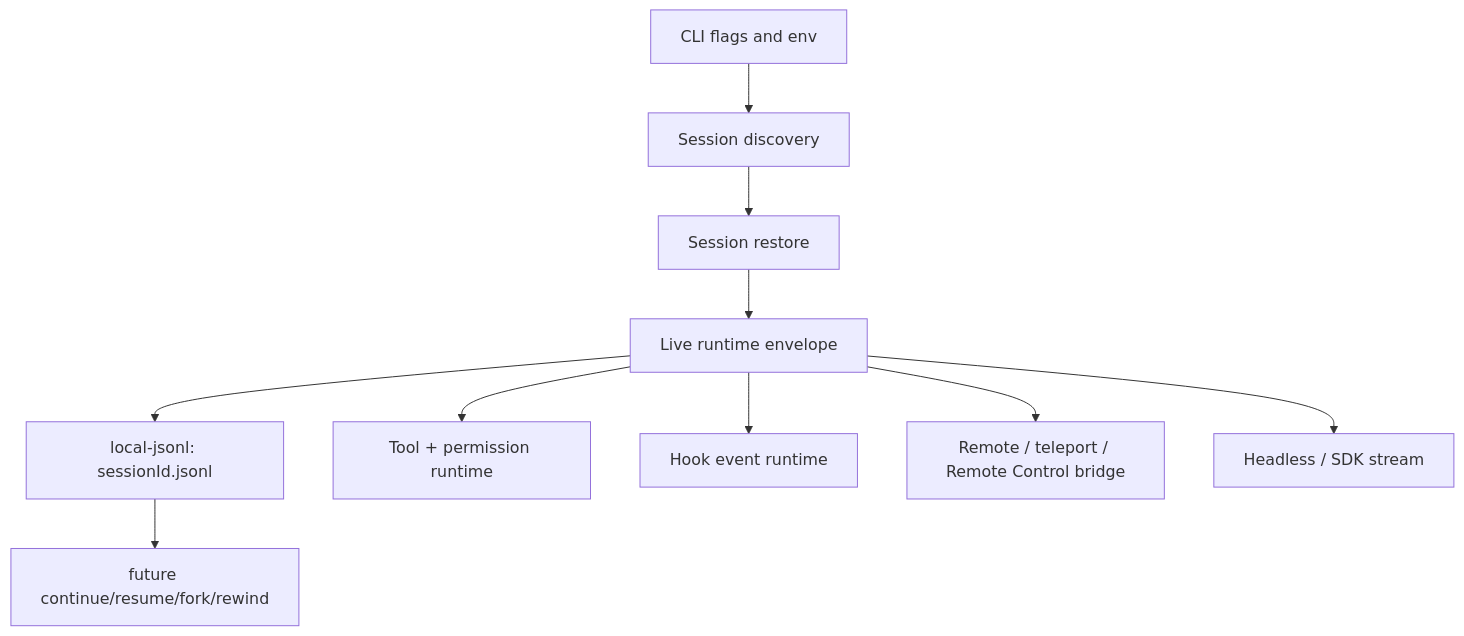
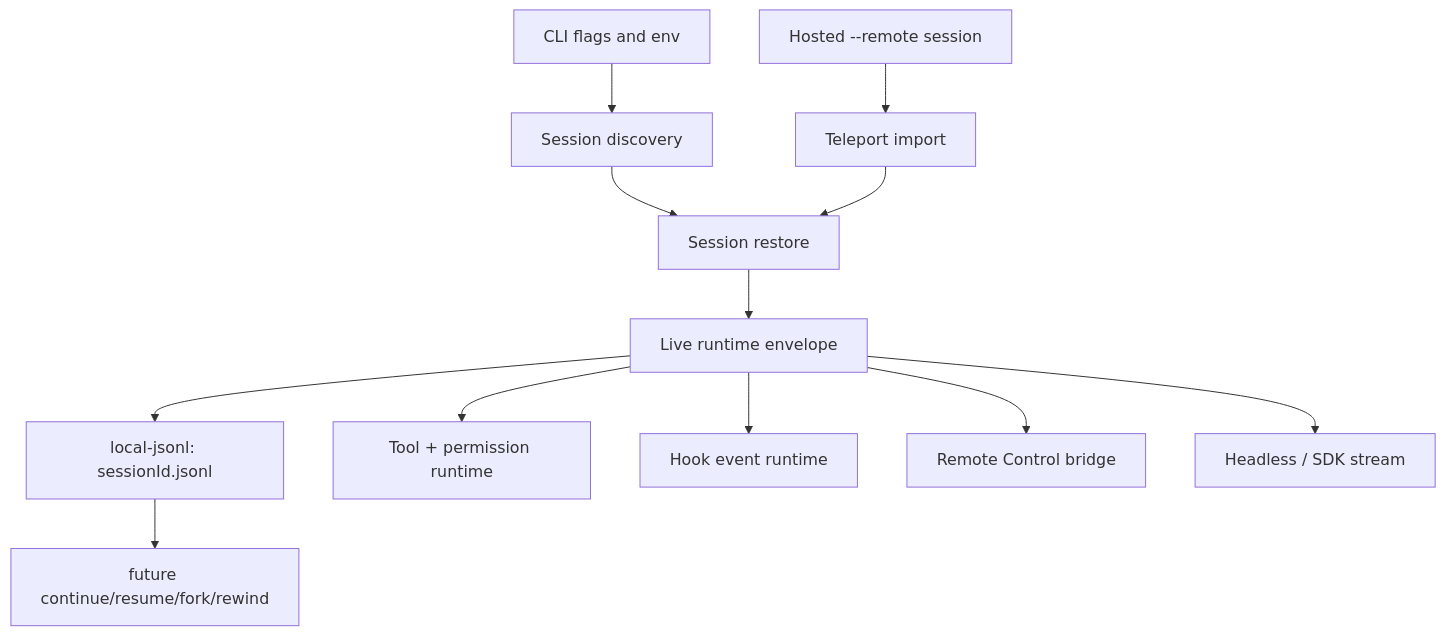
Before and after one commit to vibewatch/claude-code-internals: the first of 2 diagrams in docs/04-sessions-persistence-remote/session-api-events-and-storage.md, drawn with Mermaid. The commit also changed other lines of this file and 46 other files, not shown here.

````diff
--- a/docs/04-sessions-persistence-remote/session-api-events-and-storage.md
+++ b/docs/04-sessions-persistence-remote/session-api-events-and-storage.md
@@ -64,12 +70,14 @@
 ```mermaid
 flowchart TD
     Flags[CLI flags and env] --> Resolver[Session discovery]
     Resolver --> Restore[Session restore]
     Restore --> Envelope[Live runtime envelope]
     Envelope --> Jsonl[local-jsonl: sessionId.jsonl]
     Envelope --> Tools[Tool + permission runtime]
     Envelope --> Hooks[Hook event runtime]
-    Envelope --> Remote[Remote / teleport / Remote Control bridge]
+    Envelope --> RemoteControl[Remote Control bridge]
+    Hosted[Hosted --remote session] --> Teleport[Teleport import]
+    Teleport --> Restore
     Envelope --> SDK[Headless / SDK stream]
     Jsonl --> Resume[future continue/resume/fork/rewind]
 ```
````
